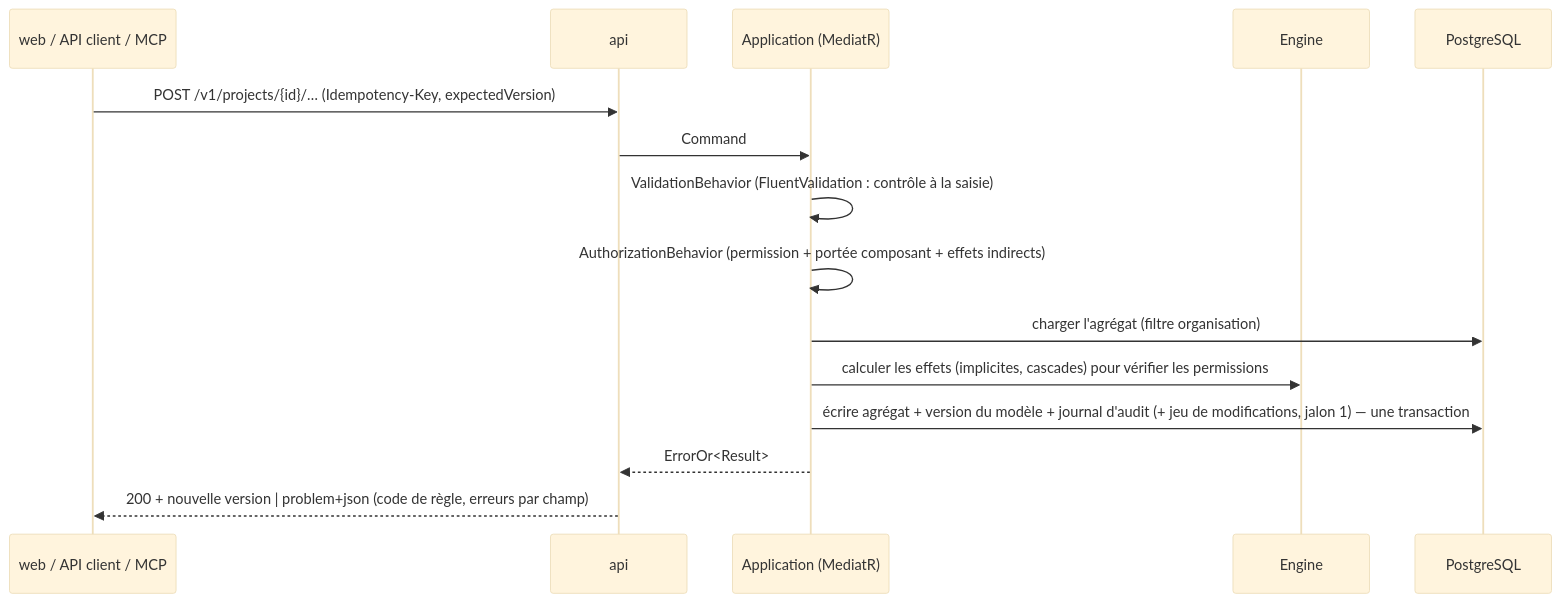
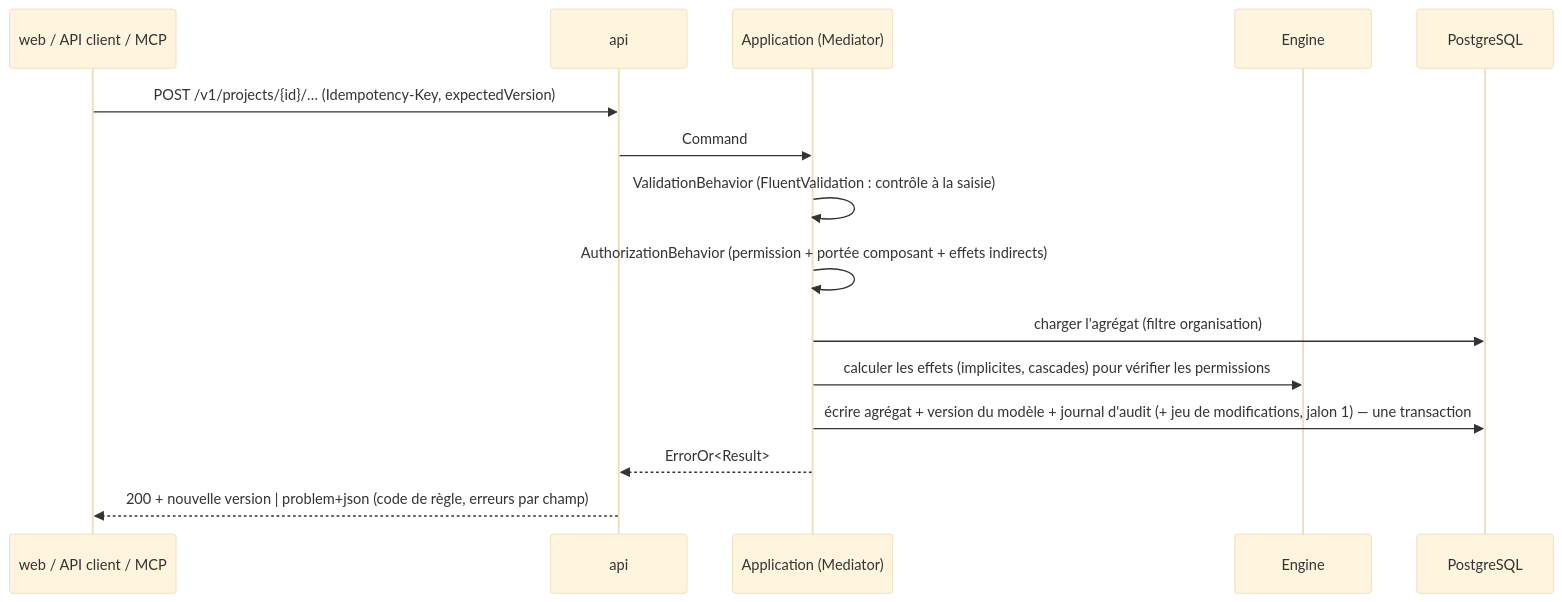
One commit to FlorianDrevet/InfraFlowSculptor changed the third of 4 diagrams in docs/technique/00-vue-d-ensemble.md. Above: the diagram before and after it, drawn with Mermaid (base theme). The commit also changed other lines of this file and 7 other files, not shown here.

First line of the commit message:
docs(technique): adopter Mediator à la place de MediatR (DT-22)

````diff
--- a/docs/technique/00-vue-d-ensemble.md
+++ b/docs/technique/00-vue-d-ensemble.md
@@ -102,17 +102,17 @@
 ```mermaid
 sequenceDiagram
   participant UI as web / API client / MCP
   participant API as api
-  participant APP as Application (MediatR)
+  participant APP as Application (Mediator)
   participant ENG as Engine
   participant DB as PostgreSQL
   UI->>API: POST /v1/projects/{id}/… (Idempotency-Key, expectedVersion)
   API->>APP: Command
   APP->>APP: ValidationBehavior (FluentValidation : contrôle à la saisie)
   APP->>APP: AuthorizationBehavior (permission + portée composant + effets indirects)
   APP->>DB: charger l'agrégat (filtre organisation)
   APP->>ENG: calculer les effets (implicites, cascades) pour vérifier les permissions
   APP->>DB: écrire agrégat + version du modèle + journal d'audit (+ jeu de modifications, jalon 1) — une transaction
   APP-->>API: ErrorOr<Result>
   API-->>UI: 200 + nouvelle version | problem+json (code de règle, erreurs par champ)
 ```
````
